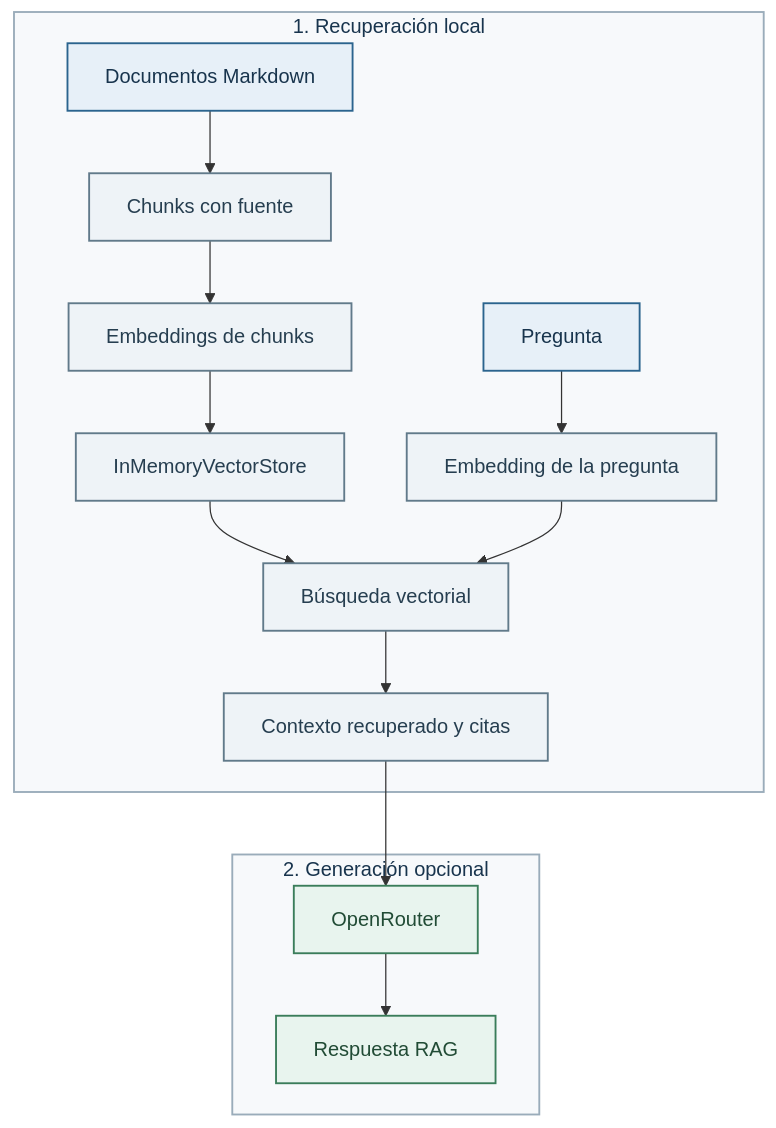
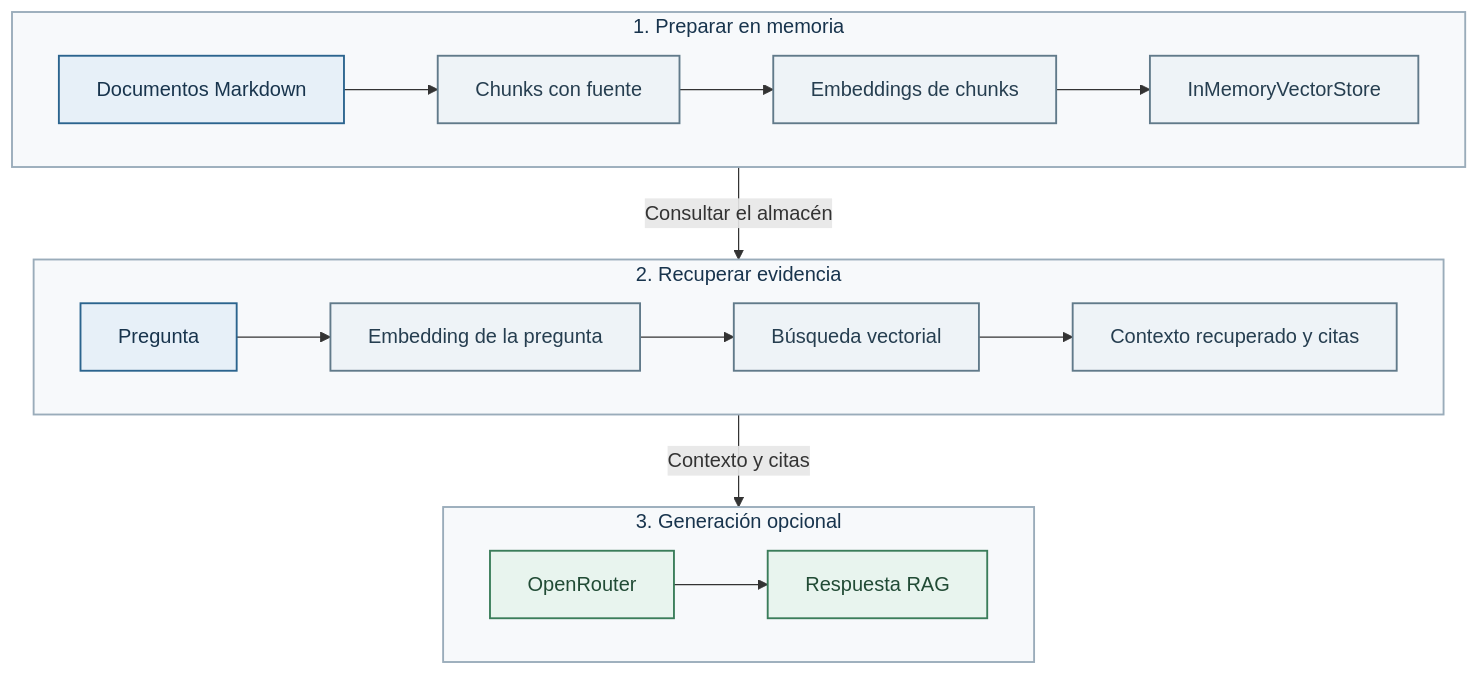
Before and after one commit to intersystems-ib/curso-ia-asistentes-iris: the diagram in labs/01-python-rag-basico/README.md, drawn with Mermaid. The commit also changed 7 other files, not shown here.

Commit message:
docs: layout diagramas mermaid

````diff
--- a/labs/01-python-rag-basico/README.md
+++ b/labs/01-python-rag-basico/README.md
@@ -29,24 +29,30 @@
 ```mermaid
 flowchart TD
-    subgraph Local[1. Recuperación local]
+    subgraph Prepare[1. Preparar en memoria]
+        direction LR
         Docs[Documentos Markdown] --> Chunks[Chunks con fuente]
         Chunks --> ChunkEmbedding[Embeddings de chunks]
         ChunkEmbedding --> Store[InMemoryVectorStore]
+    end
+    subgraph Retrieve[2. Recuperar evidencia]
+        direction LR
         Question[Pregunta] --> QueryEmbedding[Embedding de la pregunta]
-        Store --> Search[Búsqueda vectorial]
-        QueryEmbedding --> Search
+        QueryEmbedding --> Search[Búsqueda vectorial]
         Search --> Context[Contexto recuperado y citas]
     end
-    subgraph RAG[2. Generación opcional]
-        Context --> LLM[OpenRouter]
-        LLM --> Answer[Respuesta RAG]
+    subgraph RAG[3. Generación opcional]
+        direction LR
+        LLM[OpenRouter] --> Answer[Respuesta RAG]
     end
+    Prepare -->|Consultar el almacén| Retrieve
+    Retrieve -->|Contexto y citas| RAG
     classDef input fill:#E7F0F8,stroke:#2B648E,color:#18344D,stroke-width:1.5px;
     classDef process fill:#EEF3F7,stroke:#617A8A,color:#263E50,stroke-width:1.5px;
     classDef generation fill:#E8F4EE,stroke:#3A7D5A,color:#214B35,stroke-width:1.5px;
     class Docs,Question input;
     class Chunks,ChunkEmbedding,QueryEmbedding,Store,Search,Context process;
     class LLM,Answer generation;
-    style Local fill:#F7F9FB,stroke:#9AACBA,color:#18344D,stroke-width:1.5px
+    style Prepare fill:#F7F9FB,stroke:#9AACBA,color:#18344D,stroke-width:1.5px
+    style Retrieve fill:#F7F9FB,stroke:#9AACBA,color:#18344D,stroke-width:1.5px
     style RAG fill:#F7F9FB,stroke:#9AACBA,color:#18344D,stroke-width:1.5px
 ```
````
